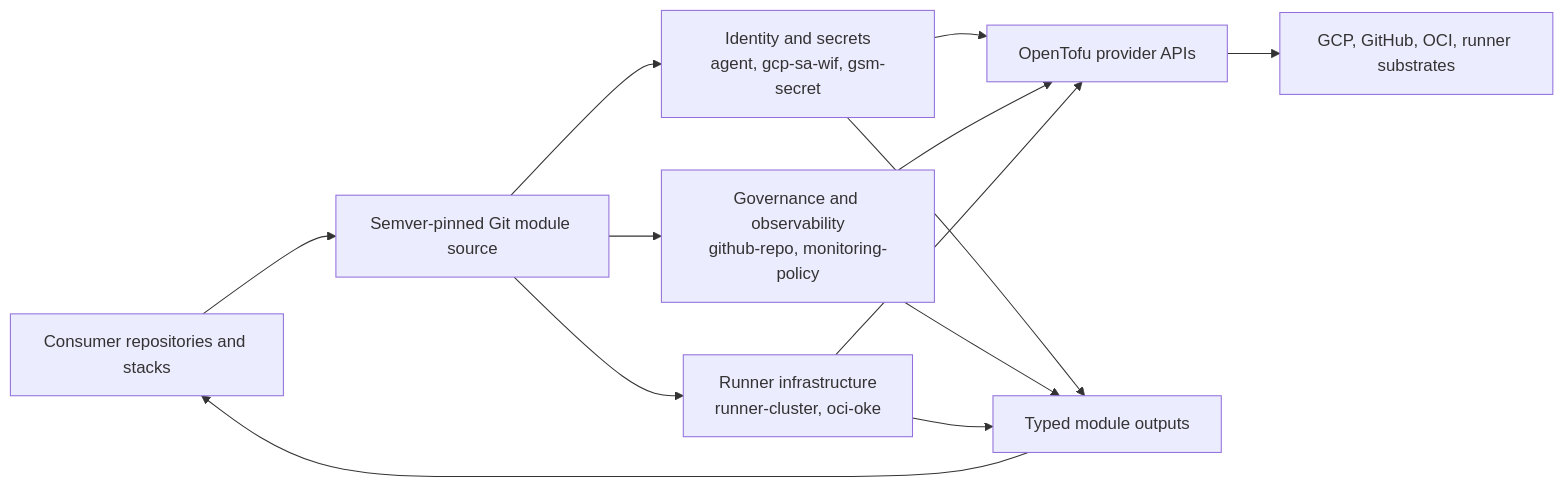
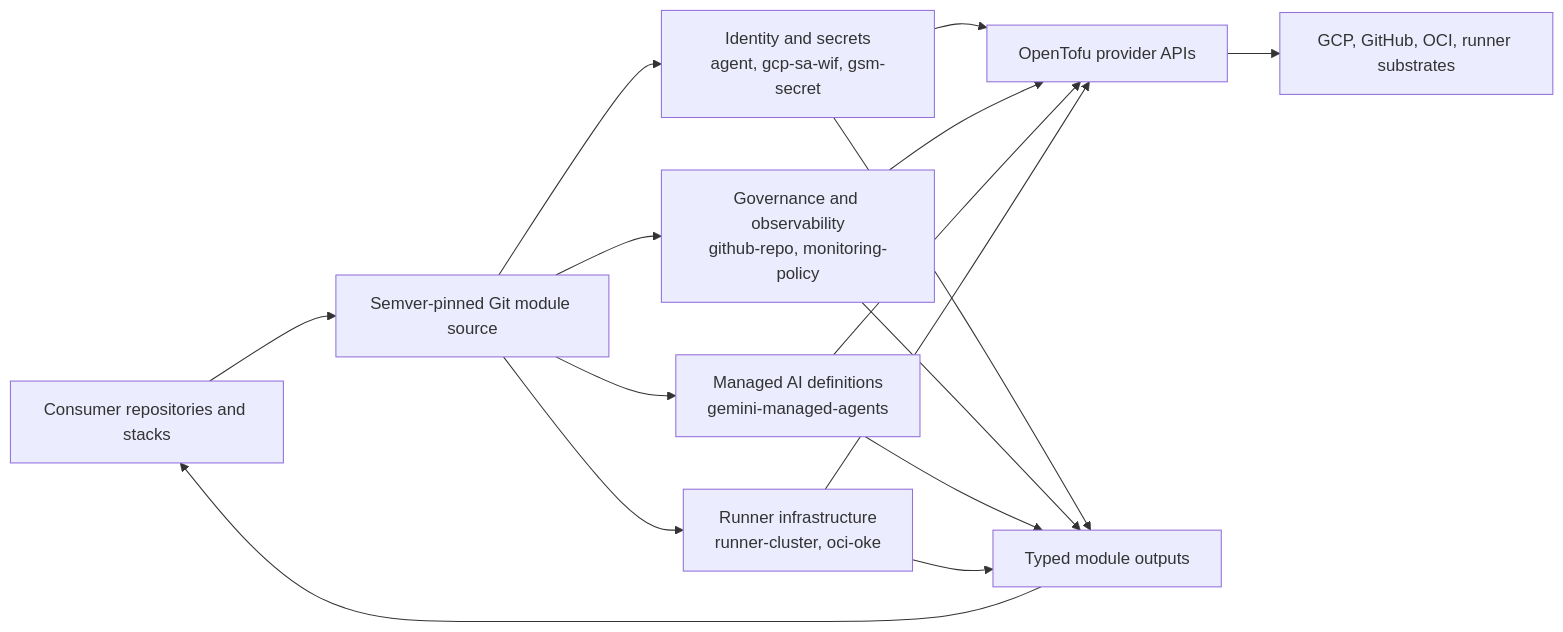
One commit to selamy-labs/terraform-modules changed the diagram in docs/architecture/system-context.md. Above: the diagram before and after it, drawn with Mermaid. The commit also changed 39 other files, not shown here.

First line of the commit message:
feat: add Gemini Managed Agents module (#29)

````diff
--- a/docs/architecture/system-context.md
+++ b/docs/architecture/system-context.md
@@ -8,24 +8,28 @@
 ```mermaid
 flowchart LR
     consumers["Consumer repositories and stacks"]
     source["Semver-pinned Git module source"]
     identity["Identity and secrets<br/>agent, gcp-sa-wif, gsm-secret"]
     governance["Governance and observability<br/>github-repo, monitoring-policy"]
+    managed["Managed AI definitions<br/>gemini-managed-agents"]
     runners["Runner infrastructure<br/>runner-cluster, oci-oke"]
     providers["OpenTofu provider APIs"]
     resources["GCP, GitHub, OCI, runner substrates"]
     outputs["Typed module outputs"]
 
     consumers --> source
     source --> identity
     source --> governance
+    source --> managed
     source --> runners
     identity --> providers
     governance --> providers
+    managed --> providers
     runners --> providers
     providers --> resources
     identity --> outputs
     governance --> outputs
+    managed --> outputs
     runners --> outputs
     outputs --> consumers
 ```
````
